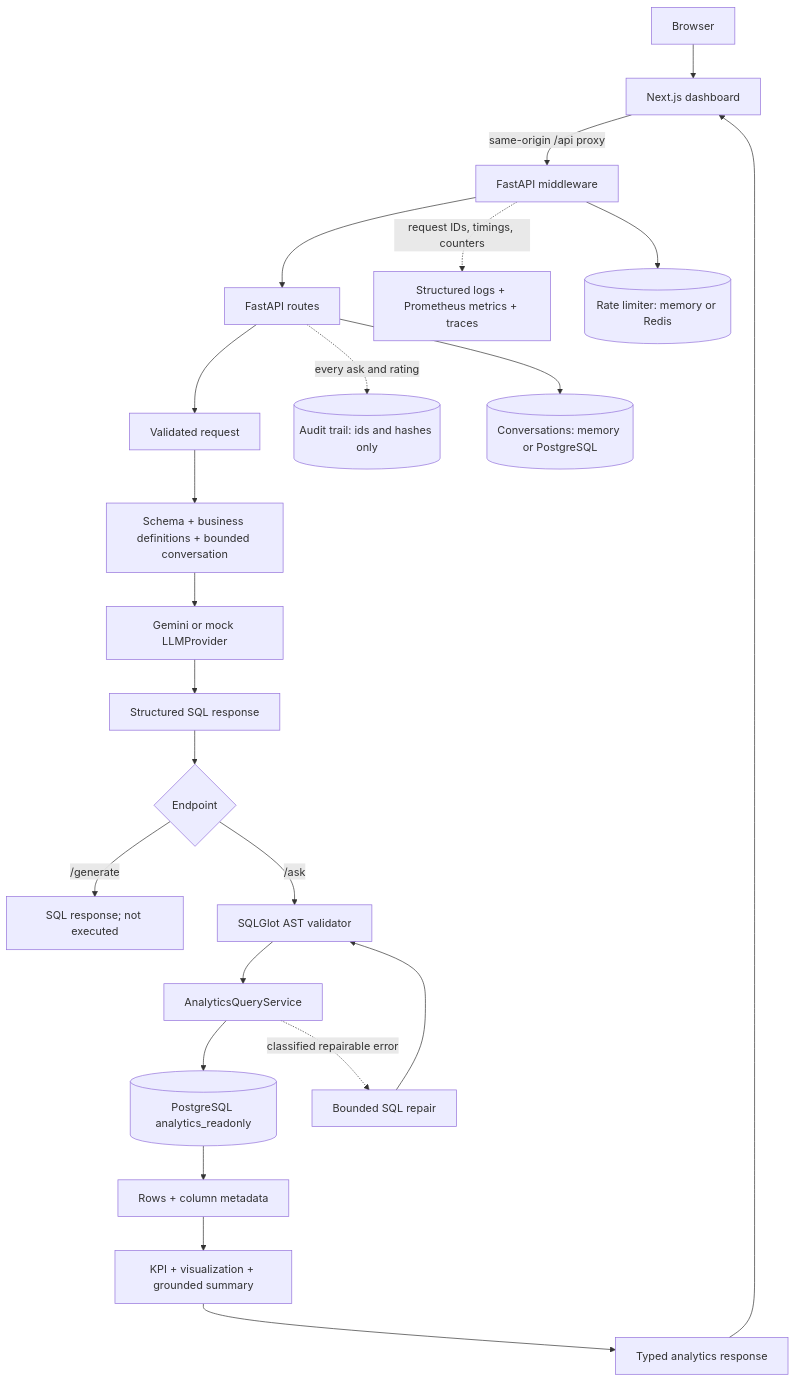
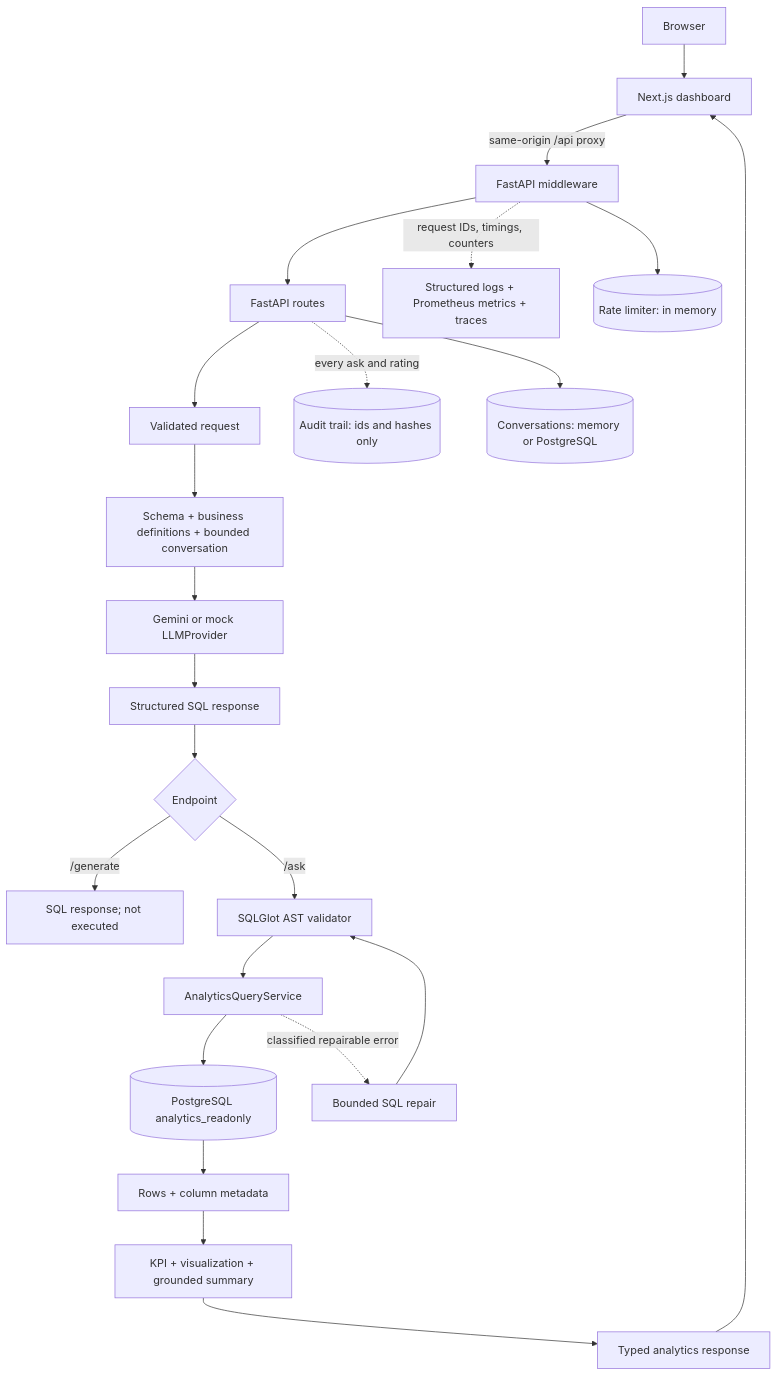
One commit to TitanMashy/ai-sql-analytics-copilot changed the diagram in docs/architecture.md. Above: the diagram before and after it, drawn with Mermaid. The commit also changed other lines of this file and 54 other files, not shown here.

````diff
--- a/docs/architecture.md
+++ b/docs/architecture.md
@@ -3,25 +3,25 @@
 ```mermaid
 flowchart TD
     Browser[Browser] --> Next[Next.js dashboard]
     Next -->|same-origin /api proxy| Middleware[FastAPI middleware]
     Middleware --> API[FastAPI routes]
     API --> Request[Validated request]
     Request --> Context[Schema + business definitions + bounded conversation]
     Context --> Provider[Gemini or mock LLMProvider]
     Provider --> Parsed[Structured SQL response]
     Parsed --> Generate{Endpoint}
     Generate -->|/generate| SQLResponse[SQL response; not executed]
     Generate -->|/ask| Validator[SQLGlot AST validator]
     Validator --> Executor[AnalyticsQueryService]
     Executor --> DB[(PostgreSQL analytics_readonly)]
     DB --> Results[Rows + column metadata]
     Results --> Intelligence[KPI + visualization + grounded summary]
     Intelligence --> Response[Typed analytics response]
     Response --> Next
     Executor -. classified repairable error .-> Repair[Bounded SQL repair]
     Repair --> Validator
     Middleware -. request IDs, timings, counters .-> Ops[Structured logs + Prometheus metrics + traces]
     API -. every ask and rating .-> Audit[(Audit trail: ids and hashes only)]
     API --> Conversations[(Conversations: memory or PostgreSQL)]
-    Middleware --> Limiter[(Rate limiter: memory or Redis)]
+    Middleware --> Limiter[(Rate limiter: in memory)]
 ```
````
